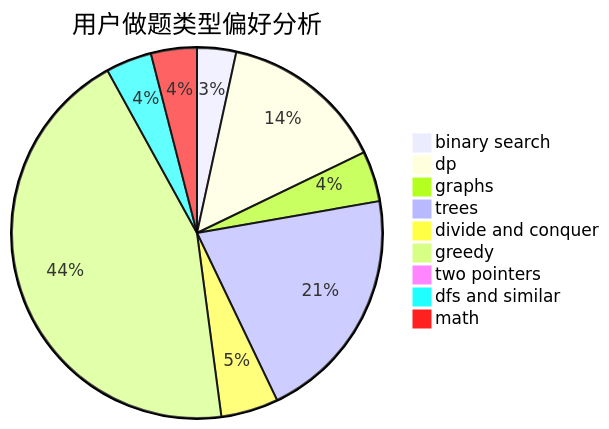
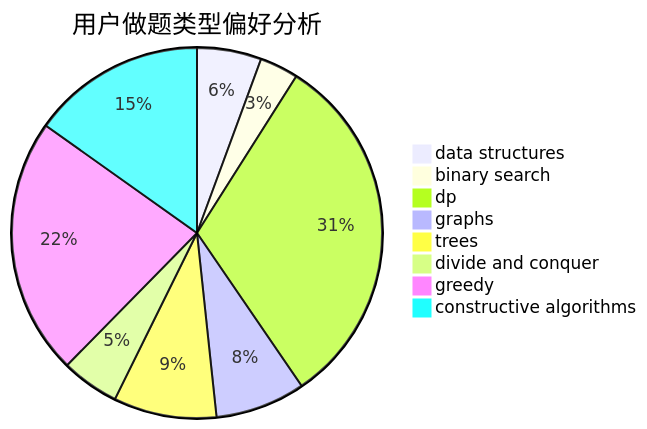
The second of 3 diagrams in docs/user/u930.md (sherpahu/cfrs.github.io), drawn with Mermaid before and after one commit. The commit also changed other lines of this file and 2775 other files, not shown here.

````diff
--- a/docs/user/u930.md
+++ b/docs/user/u930.md
@@ -23,12 +23,11 @@
 ```mermaid
 pie title 用户做题类型偏好分析
-    "binary search" :  17
-    "dp" :  72
-    "graphs" :  22
-    "trees" :  103
-    "divide and conquer" :  25
-    "greedy" :  220
-    "two pointers" :  0
-    "dfs and similar" :  20
-    "math" :  20
+    "data structures" :  10
+    "binary search" :  6
+    "dp" :  56
+    "graphs" :  14
+    "trees" :  16
+    "divide and conquer" :  9
+    "greedy" :  40
+    "constructive algorithms" :  27
 ```
````
